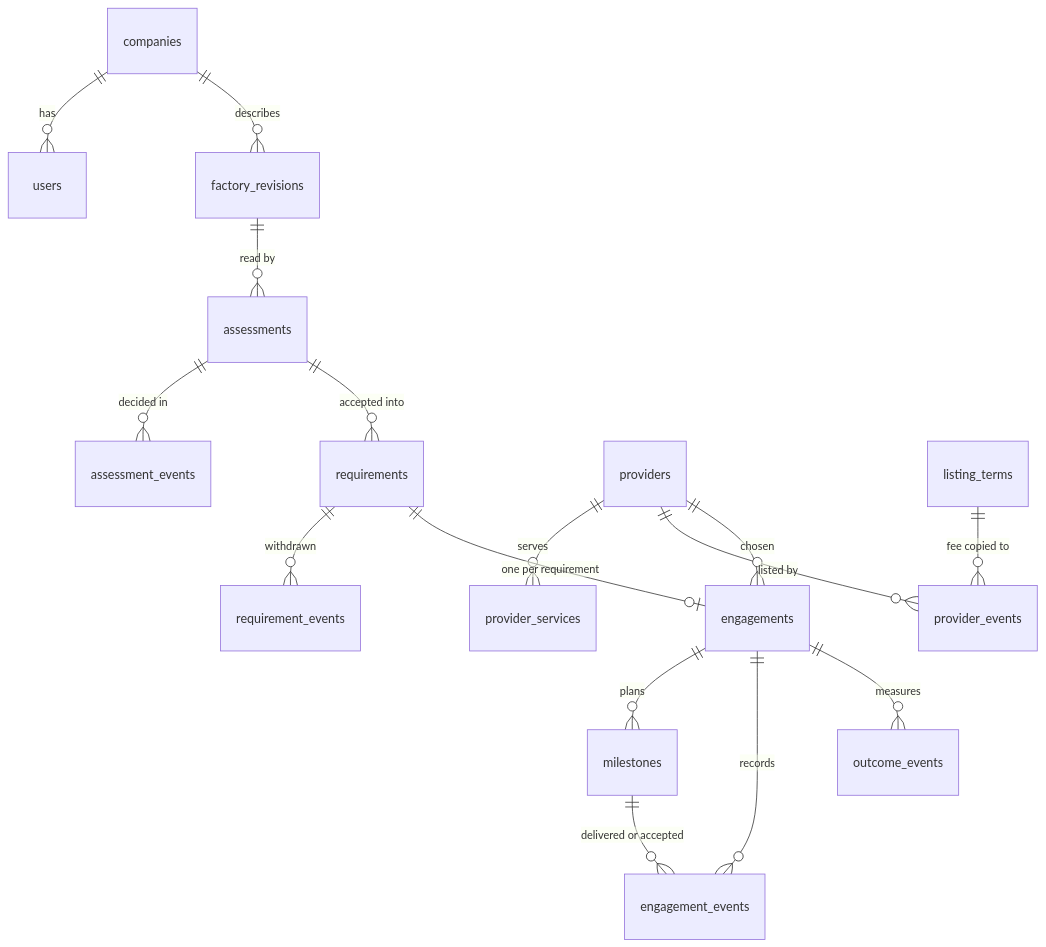
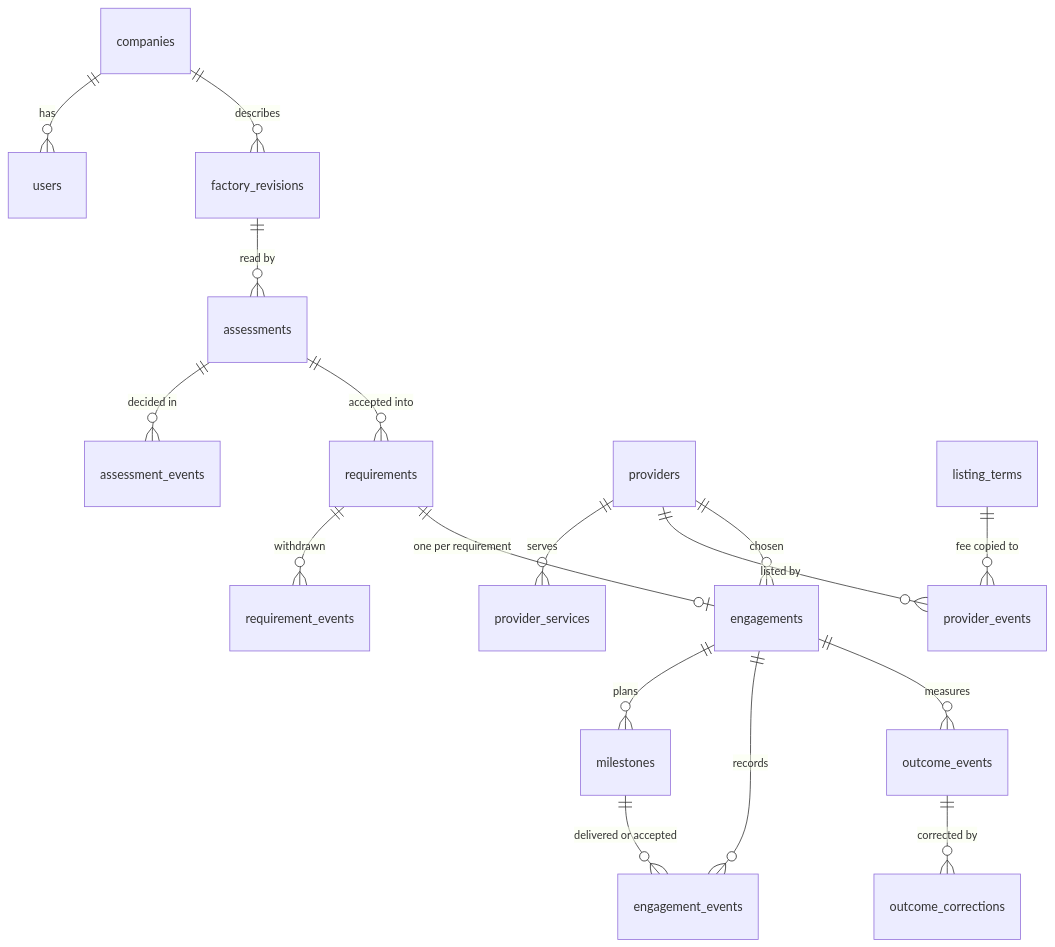
The eighth of 10 diagrams in docs/design/HLD.md (nakul175/aplyd-msme-platform), drawn with Mermaid before and after one commit. The commit also changed other lines of this file and 5 other files, not shown here.

````diff
--- a/docs/design/HLD.md
+++ b/docs/design/HLD.md
@@ -433,18 +436,19 @@
 ```mermaid
 erDiagram
   companies ||--o{ users : has
   companies ||--o{ factory_revisions : describes
   factory_revisions ||--o{ assessments : "read by"
   assessments ||--o{ assessment_events : "decided in"
   assessments ||--o{ requirements : "accepted into"
   requirements ||--o{ requirement_events : withdrawn
   providers ||--o{ provider_services : serves
   providers ||--o{ provider_events : "listed by"
   listing_terms ||--o{ provider_events : "fee copied to"
   requirements ||--o| engagements : "one per requirement"
   providers ||--o{ engagements : chosen
   engagements ||--o{ milestones : plans
   engagements ||--o{ engagement_events : records
   milestones ||--o{ engagement_events : "delivered or accepted"
   engagements ||--o{ outcome_events : measures
+  outcome_events ||--o{ outcome_corrections : "corrected by"
 ```
````
